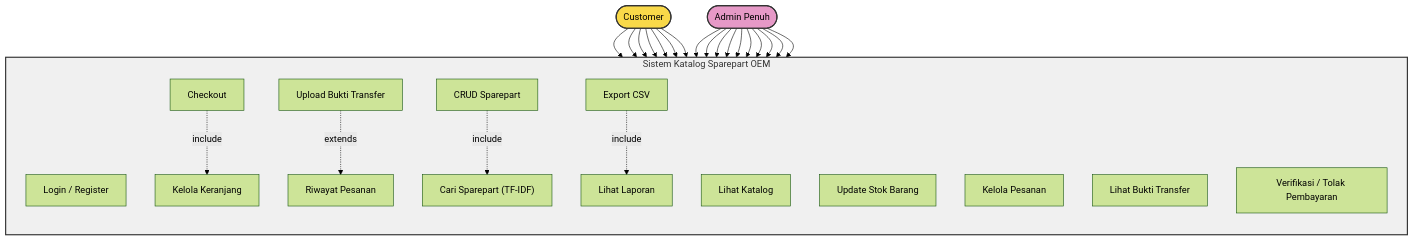
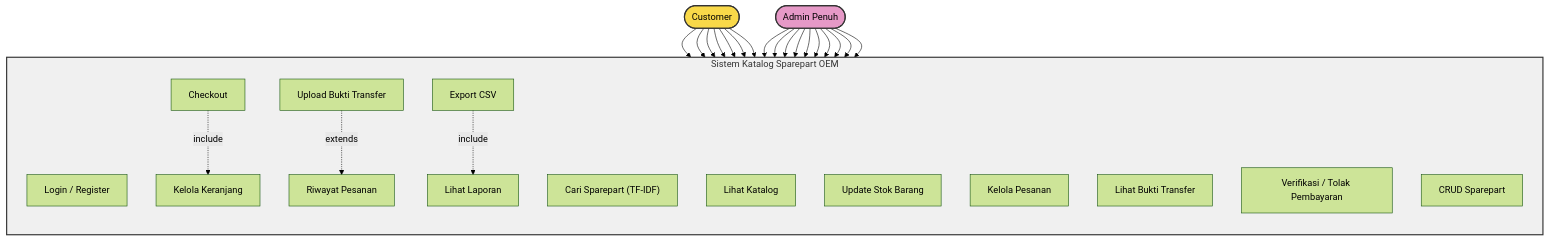
The diagram in docs/diagram/use-case-diagram.md (UNUGHA-Informatika-26/OnderdilMotorIndonesia), drawn with Mermaid (forest theme) before and after one commit. The commit also changed 7 other files, not shown here.

````diff
--- a/docs/diagram/use-case-diagram.md
+++ b/docs/diagram/use-case-diagram.md
@@ -5,58 +5,57 @@
 ```mermaid
 flowchart TD
     %% Actors
     Customer([Customer])
     Admin([Admin Penuh])
 
     %% System boundary
     subgraph System["Sistem Katalog Sparepart OEM"]
         direction TB
 
         UC1["Login / Register"]
         UC2["Cari Sparepart (TF-IDF)"]
         UC3["Lihat Katalog"]
         UC4["Kelola Keranjang"]
         UC5["Checkout"]
         UC6["Upload Bukti Transfer"]
         UC7["Riwayat Pesanan"]
         UC8["Update Stok Barang"]
         UC9["Kelola Pesanan"]
         UC10["Lihat Bukti Transfer"]
         UC11["Verifikasi / Tolak Pembayaran"]
         UC12["CRUD Sparepart"]
         UC13["Lihat Laporan"]
         UC14["Export CSV"]
     end
 
     %% Customer
     Customer --> UC1
     Customer --> UC2
     Customer --> UC3
     Customer --> UC4
     Customer --> UC5
     Customer --> UC6
     Customer --> UC7
 
     %% Admin
     Admin --> UC1
     Admin --> UC2
     Admin --> UC3
     Admin --> UC8
     Admin --> UC9
     Admin --> UC10
     Admin --> UC11
     Admin --> UC12
     Admin --> UC13
     Admin --> UC14
 
     %% Include relationships
     UC5 -.->|include| UC4
     UC6 -.->|extends| UC7
-    UC12 -.->|include| UC2
     UC14 -.->|include| UC13
 
     %% Style
     style Customer fill:#f9d949,stroke:#333,stroke-width:2px
     style Admin fill:#e699c7,stroke:#333,stroke-width:2px
     style System fill:#f0f0f0,stroke:#333,stroke-width:2px
 ```
````
